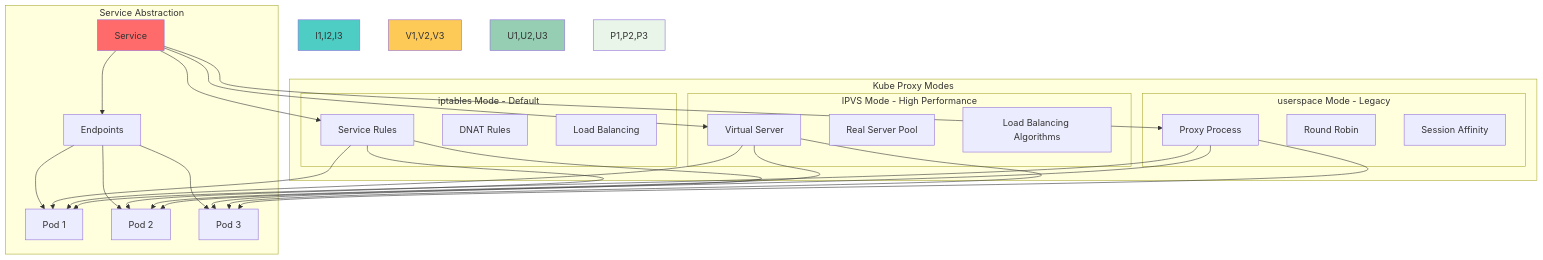
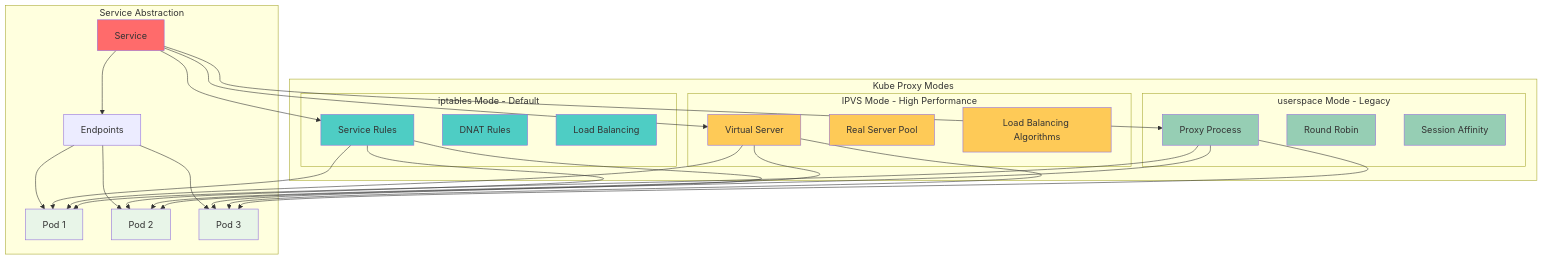
Before and after one commit to niceguy61/kdt_devops_lecture_2025: the seventh of 8 diagrams in theory/week_03/day1/session_3.md, drawn with Mermaid. The commit also changed other lines of this file, not shown here.

````diff
--- a/theory/week_03/day1/session_3.md
+++ b/theory/week_03/day1/session_3.md
@@ -275,51 +286,59 @@
 ```mermaid
 graph TB
     subgraph "Kube Proxy Modes"
         subgraph "iptables Mode - Default"
             I1[Service Rules]
             I2[DNAT Rules]
             I3[Load Balancing]
         end
         
         subgraph "IPVS Mode - High Performance"
             V1[Virtual Server]
             V2[Real Server Pool]
             V3[Load Balancing Algorithms]
         end
         
         subgraph "userspace Mode - Legacy"
             U1[Proxy Process]
             U2[Round Robin]
             U3[Session Affinity]
         end
     end
     
     subgraph "Service Abstraction"
         S[Service] --> E[Endpoints]
         E --> P1[Pod 1]
         E --> P2[Pod 2]
         E --> P3[Pod 3]
     end
     
     S --> I1
     S --> V1
     S --> U1
     
     I1 --> P1
     I1 --> P2
     I1 --> P3
     
     V1 --> P1
     V1 --> P2
     V1 --> P3
     
     U1 --> P1
     U1 --> P2
     U1 --> P3
     
-    style I1,I2,I3 fill:#4ecdc4
-    style V1,V2,V3 fill:#feca57
-    style U1,U2,U3 fill:#96ceb4
+    style I1 fill:#4ecdc4
+    style I2 fill:#4ecdc4
+    style I3 fill:#4ecdc4
+    style V1 fill:#feca57
+    style V2 fill:#feca57
+    style V3 fill:#feca57
+    style U1 fill:#96ceb4
+    style U2 fill:#96ceb4
+    style U3 fill:#96ceb4
     style S fill:#ff6b6b
-    style P1,P2,P3 fill:#e8f5e8
+    style P1 fill:#e8f5e8
+    style P2 fill:#e8f5e8
+    style P3 fill:#e8f5e8
 ```
````
